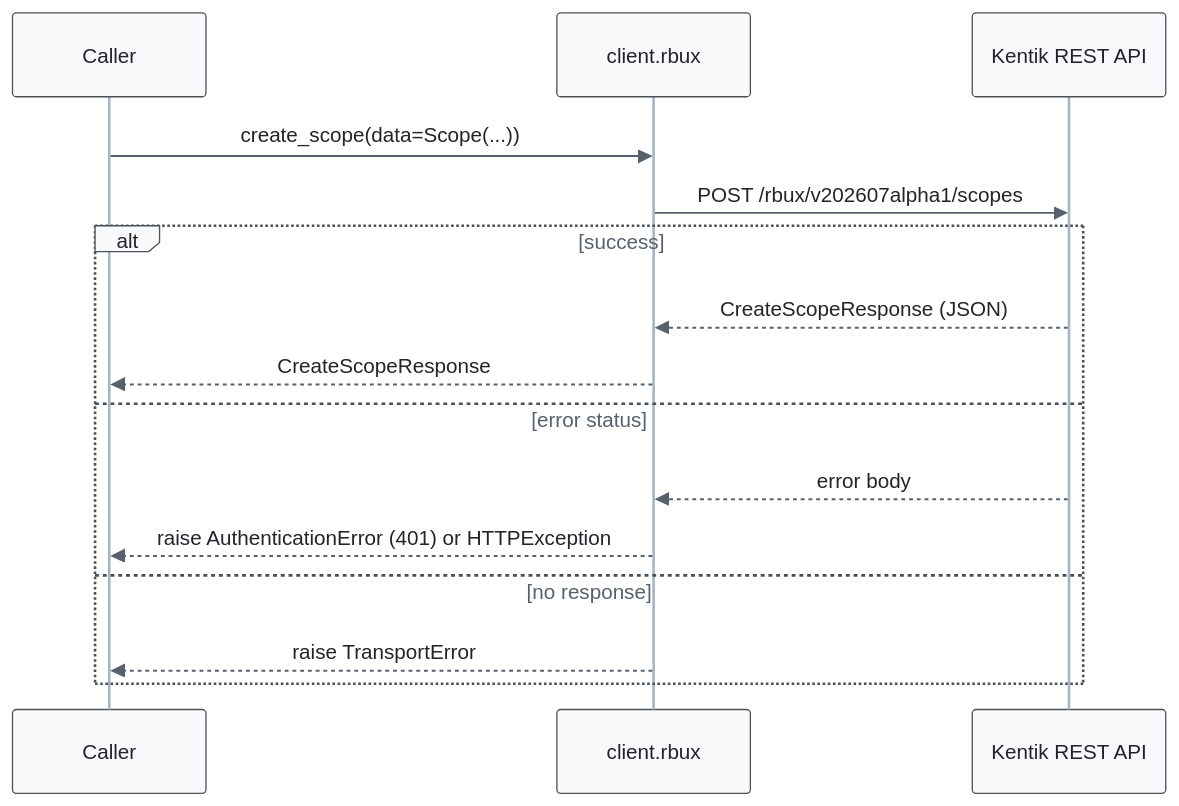
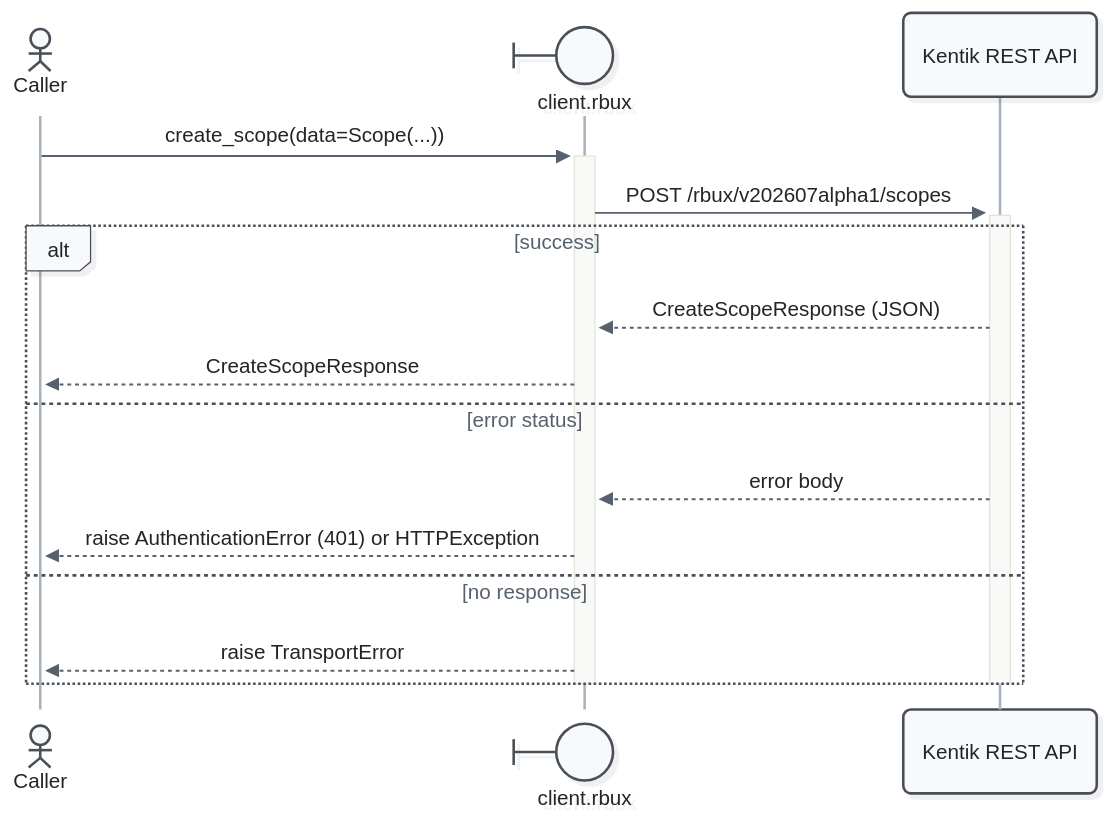
Before and after one commit to alexdearaujo/community_sdk_python: the third of 11 diagrams in docs/sphinx/services/rbux.md, drawn with Mermaid. The commit also changed other lines of this file and 52 other files, not shown here.

First line of the commit message:
docs: Mermaid 12 sequence diagrams with participant types and path colors

````diff
--- a/docs/sphinx/services/rbux.md
+++ b/docs/sphinx/services/rbux.md
@@ -103,19 +108,21 @@
 ```mermaid
-%%{init: {"theme": "base", "fontFamily": "ui-monospace, SFMono-Regular, Menlo, monospace", "themeVariables": {"fontFamily": "ui-monospace, SFMono-Regular, Menlo, monospace", "primaryColor": "#f8f9fa", "primaryBorderColor": "#495057", "primaryTextColor": "#212529", "textColor": "#212529", "lineColor": "#77818c", "edgeLabelBackground": "#ffffff", "actorBkg": "#f8f9fa", "actorBorder": "#495057", "actorTextColor": "#212529", "actorLineColor": "#a9b3be", "signalColor": "#57616d", "signalTextColor": "#212529", "labelBoxBkgColor": "#f8f9fa", "labelBoxBorderColor": "#495057", "labelTextColor": "#212529", "loopTextColor": "#57616d", "noteBkgColor": "#fff9db", "noteBorderColor": "#f08c00", "noteTextColor": "#a35a00"}, "flowchart": {"curve": "step", "nodeSpacing": 30, "rankSpacing": 70, "wrappingWidth": 400}}}%%
+%%{init: {"theme": "redux", "look": "neo", "layout": "dagre", "fontFamily": "ui-monospace, SFMono-Regular, Menlo, monospace", "themeVariables": {"fontFamily": "ui-monospace, SFMono-Regular, Menlo, monospace", "primaryColor": "#f8f9fa", "primaryBorderColor": "#495057", "primaryTextColor": "#212529", "textColor": "#212529", "lineColor": "#77818c", "edgeLabelBackground": "#ffffff", "actorBkg": "#f8f9fa", "actorBorder": "#495057", "actorTextColor": "#212529", "actorLineColor": "#a9b3be", "signalColor": "#57616d", "signalTextColor": "#212529", "labelBoxBkgColor": "#f8f9fa", "labelBoxBorderColor": "#495057", "labelTextColor": "#212529", "loopTextColor": "#57616d", "noteBkgColor": "#fff9db", "noteBorderColor": "#f08c00", "noteTextColor": "#a35a00"}, "sequence": {"activationWidth": 16}, "flowchart": {"curve": "step", "nodeSpacing": 30, "rankSpacing": 70, "wrappingWidth": 400}}}%%
 sequenceDiagram
-    participant C as Caller
-    participant W as client.rbux
+    actor C as Caller
+    participant W@{ "type": "boundary" } as client.rbux
     participant API as Kentik REST API
 
-    C->>W: create_scope(data=Scope(...))
-    W->>API: POST /rbux/v202607alpha1/scopes
+    C->>+W: create_scope(data=Scope(...))
+    W->>+API: POST /rbux/v202607alpha1/scopes
     alt success
         API-->>W: CreateScopeResponse (JSON)
         W-->>C: CreateScopeResponse
     else error status
         API-->>W: error body
         W-->>C: raise AuthenticationError (401) or HTTPException
     else no response
         W-->>C: raise TransportError
     end
+    deactivate API
+    deactivate W
 ```
````
